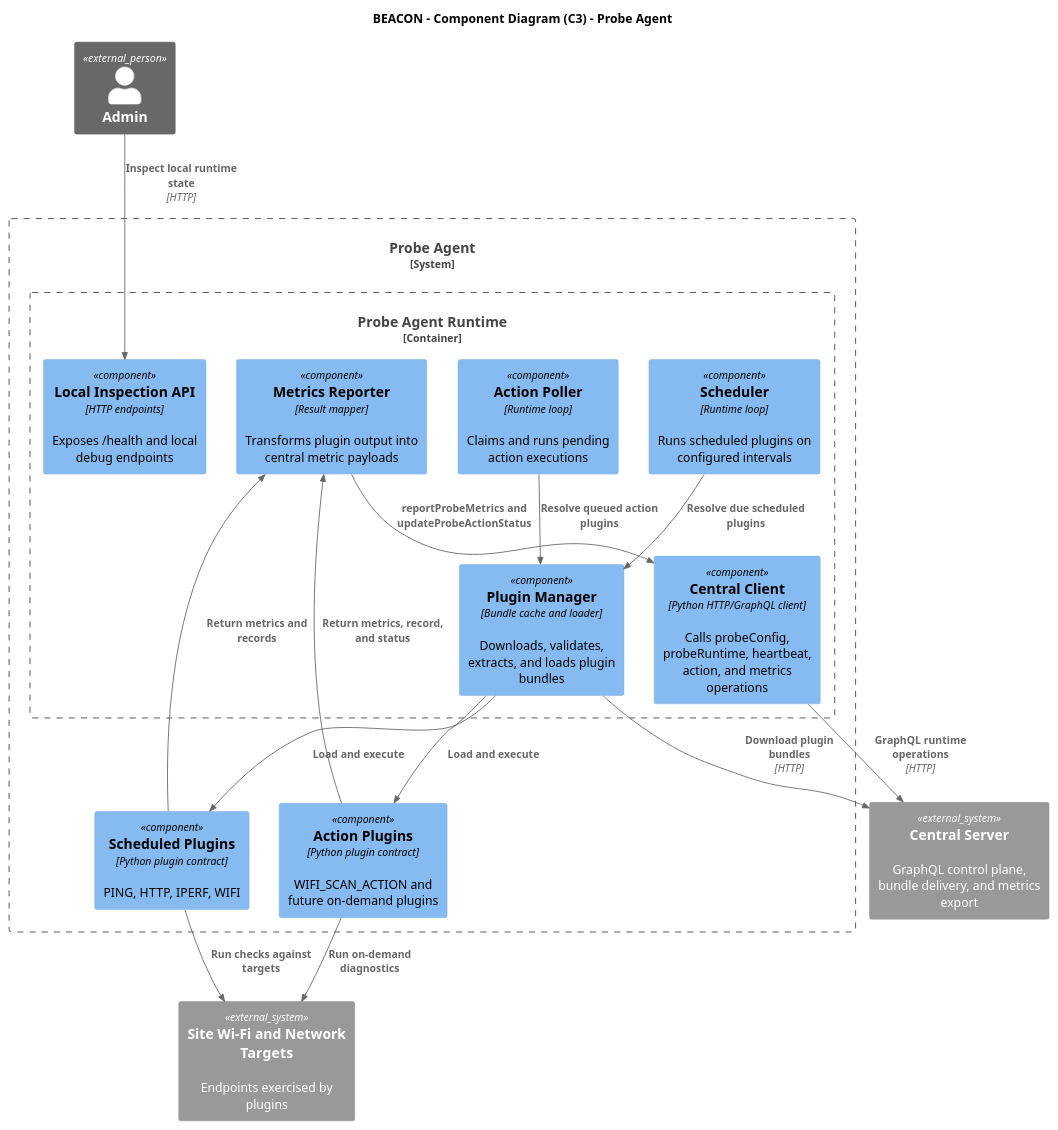
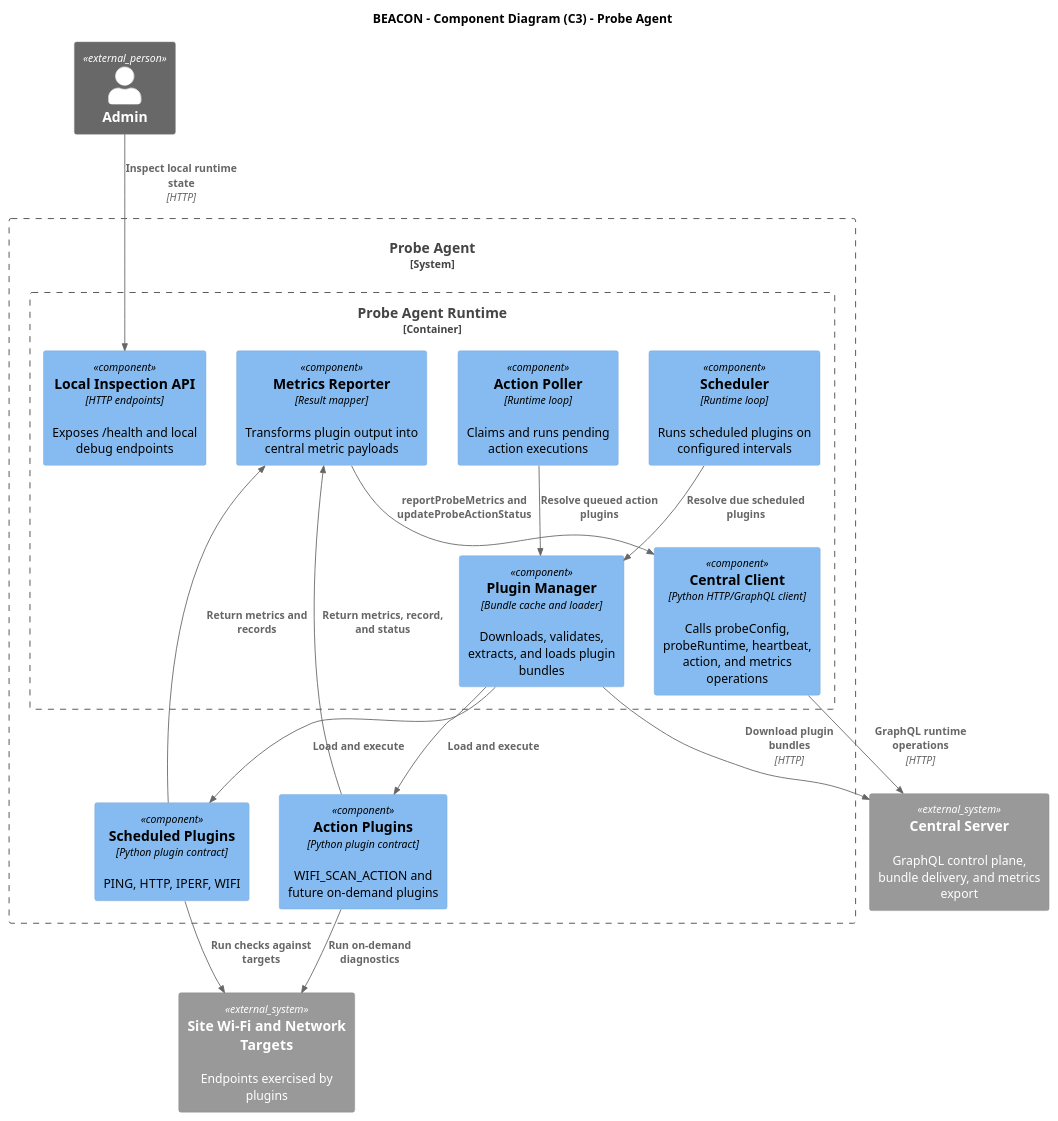
Before and after one commit to vhfba/beacon: the diagram in docs/c4-model/level-3-probe-agent-components.puml, drawn with PlantUML. The commit also changed 12 other files, not shown here.

```diff
--- a/docs/c4-model/level-3-probe-agent-components.puml
+++ b/docs/c4-model/level-3-probe-agent-components.puml
@@ -1,37 +1,37 @@
 @startuml
 title BEACON - Component Diagram (C3) - Probe Agent
 
 !includeurl https://raw.githubusercontent.com/plantuml-stdlib/C4-PlantUML/master/C4_Component.puml
 
 Person_Ext(operator, "Admin")
 System_Ext(central, "Central Server", "GraphQL control plane, bundle delivery, and metrics export")
 System_Ext(targets, "Site Wi-Fi and Network Targets", "Endpoints exercised by plugins")
 
 System_Boundary(agentSystem, "Probe Agent") {
-  Container_Boundary(agent, "Probe Agent Runtime") {
+  Boundary(agent, "Probe Agent Runtime", "Container") {
     Component(client, "Central Client", "Python HTTP/GraphQL client", "Calls probeConfig, probeRuntime, heartbeat, action, and metrics operations")
     Component(pluginManager, "Plugin Manager", "Bundle cache and loader", "Downloads, validates, extracts, and loads plugin bundles")
     Component(scheduler, "Scheduler", "Runtime loop", "Runs scheduled plugins on configured intervals")
     Component(actionPoller, "Action Poller", "Runtime loop", "Claims and runs pending action executions")
     Component(metricReporter, "Metrics Reporter", "Result mapper", "Transforms plugin output into central metric payloads")
     Component(localApi, "Local Inspection API", "HTTP endpoints", "Exposes /health and local debug endpoints")
   }
 
   Component(scheduledPlugins, "Scheduled Plugins", "Python plugin contract", "PING, HTTP, IPERF, WIFI")
   Component(actionPlugins, "Action Plugins", "Python plugin contract", "WIFI_SCAN_ACTION and future on-demand plugins")
 }
 
 Rel(operator, localApi, "Inspect local runtime state", "HTTP")
 Rel(client, central, "GraphQL runtime operations", "HTTP")
 Rel(pluginManager, central, "Download plugin bundles", "HTTP")
 Rel(scheduler, pluginManager, "Resolve due scheduled plugins")
 Rel(actionPoller, pluginManager, "Resolve queued action plugins")
 Rel(pluginManager, scheduledPlugins, "Load and execute")
 Rel(pluginManager, actionPlugins, "Load and execute")
 Rel(scheduledPlugins, targets, "Run checks against targets")
 Rel(actionPlugins, targets, "Run on-demand diagnostics")
 Rel(scheduledPlugins, metricReporter, "Return metrics and records")
 Rel(actionPlugins, metricReporter, "Return metrics, record, and status")
 Rel(metricReporter, client, "reportProbeMetrics and updateProbeActionStatus")
 
 @enduml
```
